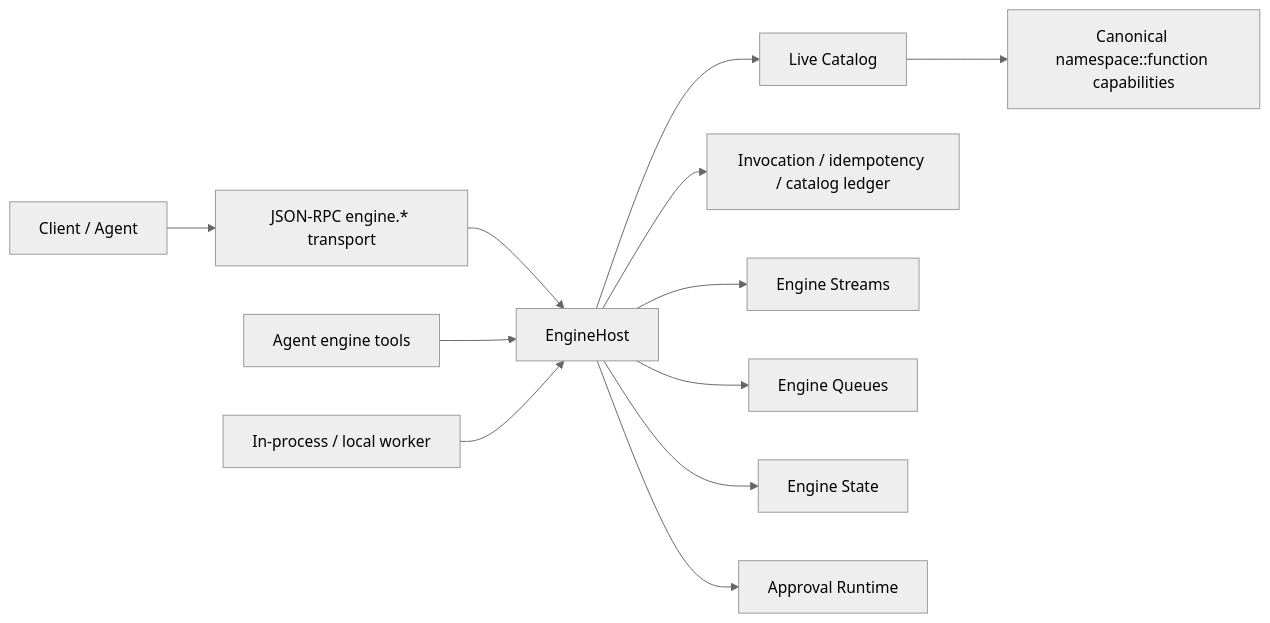
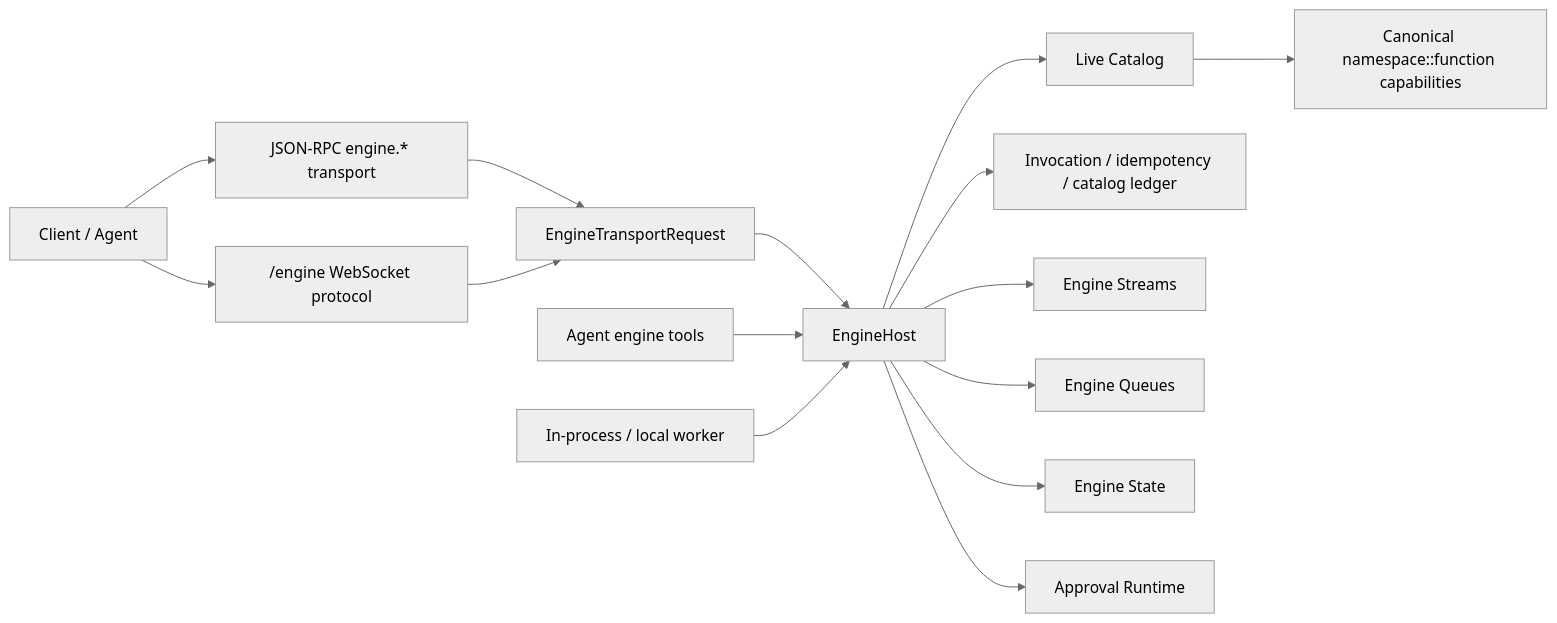
Before and after one commit to mhismail3/tron: the diagram in packages/agent/docs/engine-redesign/README.md, drawn with Mermaid (neutral theme). The commit also changed other lines of this file and 27 other files, not shown here.

Commit message:
Add transport-neutral engine websocket protocol

````diff
--- a/packages/agent/docs/engine-redesign/README.md
+++ b/packages/agent/docs/engine-redesign/README.md
@@ -55,14 +54,17 @@
 ```mermaid
 flowchart LR
-  Client["Client / Agent"] --> Transport["JSON-RPC engine.* transport"]
+  Client["Client / Agent"] --> JsonRpc["JSON-RPC engine.* transport"]
+  Client --> EngineWs["/engine WebSocket protocol"]
+  JsonRpc --> Transport["EngineTransportRequest"]
+  EngineWs --> Transport
   Transport --> Engine["EngineHost"]
   AgentTool["Agent engine tools"] --> Engine
   Worker["In-process / local worker"] --> Engine
   Engine --> Catalog["Live Catalog"]
   Engine --> Ledger["Invocation / idempotency / catalog ledger"]
   Engine --> Streams["Engine Streams"]
   Engine --> Queue["Engine Queues"]
   Engine --> State["Engine State"]
   Engine --> Approval["Approval Runtime"]
   Catalog --> Capability["Canonical namespace::function capabilities"]
 ```
````
